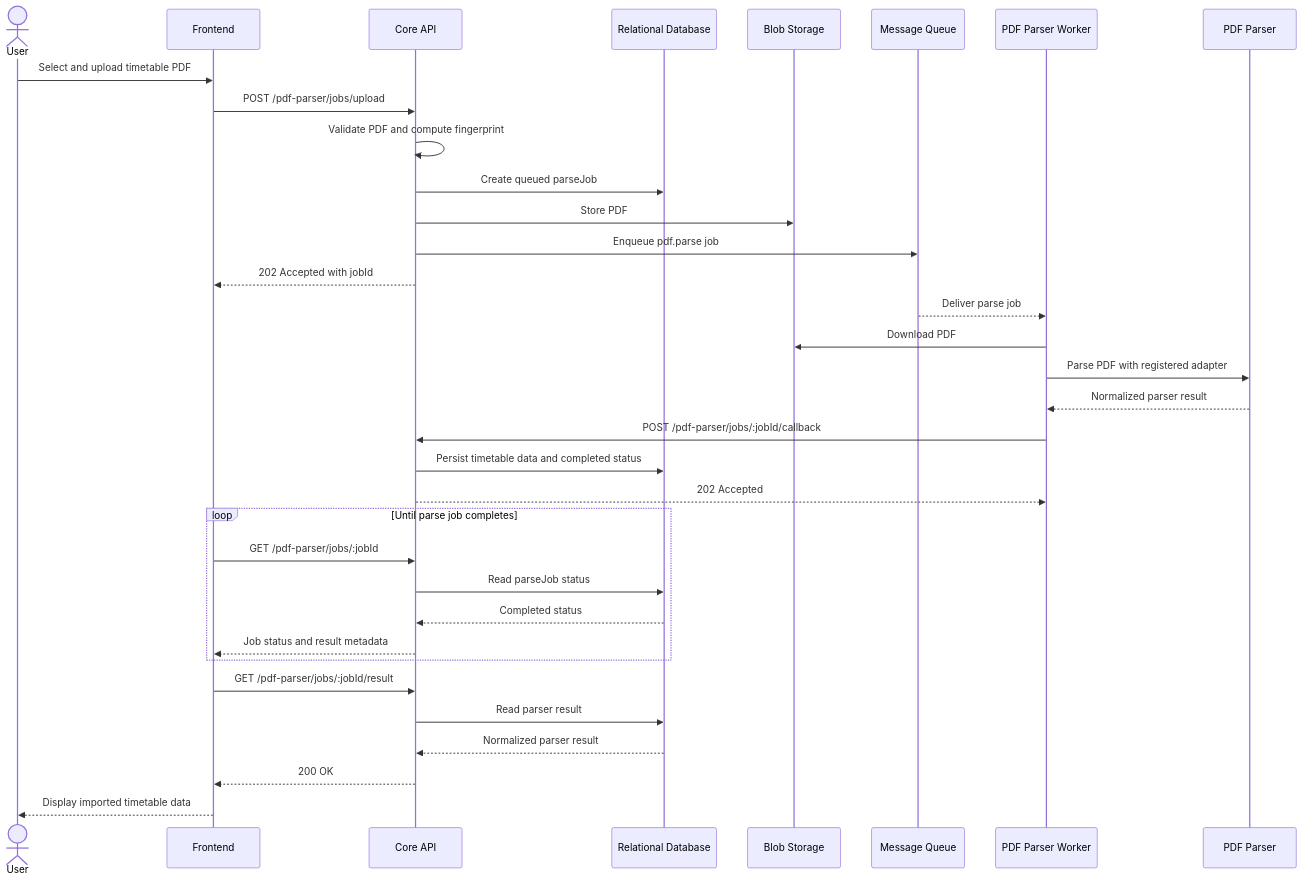
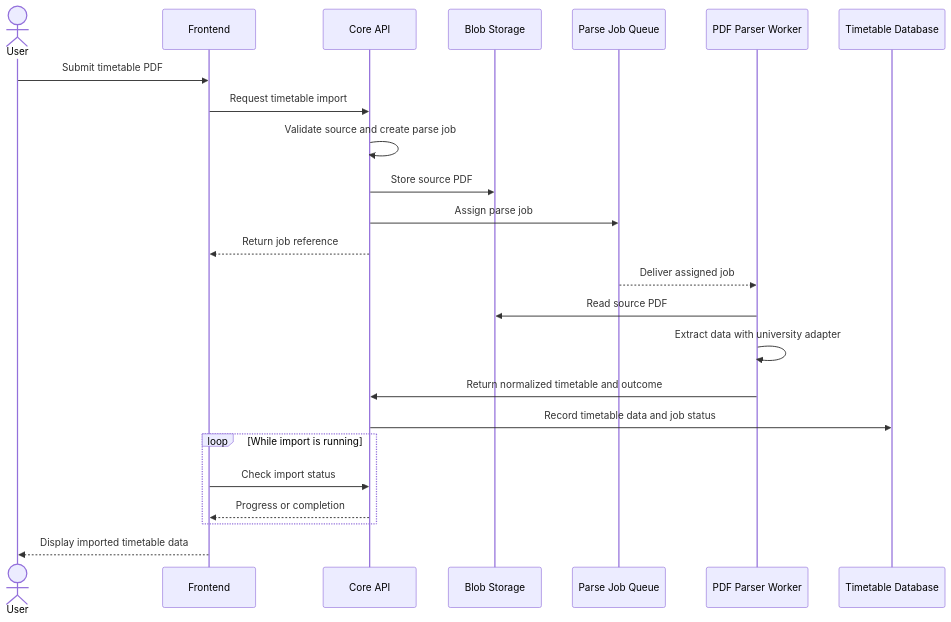
The diagram in docs/diagrams/architecture/parser-sequence.mmd (COS301-SE-2026/UMTAS), drawn with Mermaid before and after one commit. The commit also changed 4 other files, not shown here.

Commit message:
chore: simplified the sequence diagrams

```diff
--- a/docs/diagrams/architecture/parser-sequence.mmd
+++ b/docs/diagrams/architecture/parser-sequence.mmd
@@ -1,37 +1,27 @@
 sequenceDiagram
     actor User
     participant Frontend
     participant API as Core API
-    participant DB as Relational Database
     participant Storage as Blob Storage
-    participant Queue as Message Queue
+    participant Queue as Parse Job Queue
     participant Worker as PDF Parser Worker
-    participant CLI as PDF Parser
+    participant DB as Timetable Database
 
-    User->>Frontend: Select and upload timetable PDF
-    Frontend->>API: POST /pdf-parser/jobs/upload
-    API->>API: Validate PDF and compute fingerprint
-    API->>DB: Create queued parseJob
-    API->>Storage: Store PDF
-    API->>Queue: Enqueue pdf.parse job
-    API-->>Frontend: 202 Accepted with jobId
+    User->>Frontend: Submit timetable PDF
+    Frontend->>API: Request timetable import
+    API->>API: Validate source and create parse job
+    API->>Storage: Store source PDF
+    API->>Queue: Assign parse job
+    API-->>Frontend: Return job reference
 
-    Queue-->>Worker: Deliver parse job
-    Worker->>Storage: Download PDF
-    Worker->>CLI: Parse PDF with registered adapter
-    CLI-->>Worker: Normalized parser result
-    Worker->>API: POST /pdf-parser/jobs/:jobId/callback
-    API->>DB: Persist timetable data and completed status
-    API-->>Worker: 202 Accepted
+    Queue-->>Worker: Deliver assigned job
+    Worker->>Storage: Read source PDF
+    Worker->>Worker: Extract data with university adapter
+    Worker->>API: Return normalized timetable and outcome
+    API->>DB: Record timetable data and job status
 
-    loop Until parse job completes
-        Frontend->>API: GET /pdf-parser/jobs/:jobId
-        API->>DB: Read parseJob status
-        DB-->>API: Completed status
-        API-->>Frontend: Job status and result metadata
+    loop While import is running
+        Frontend->>API: Check import status
+        API-->>Frontend: Progress or completion
     end
-    Frontend->>API: GET /pdf-parser/jobs/:jobId/result
-    API->>DB: Read parser result
-    DB-->>API: Normalized parser result
-    API-->>Frontend: 200 OK
     Frontend-->>User: Display imported timetable data
```
